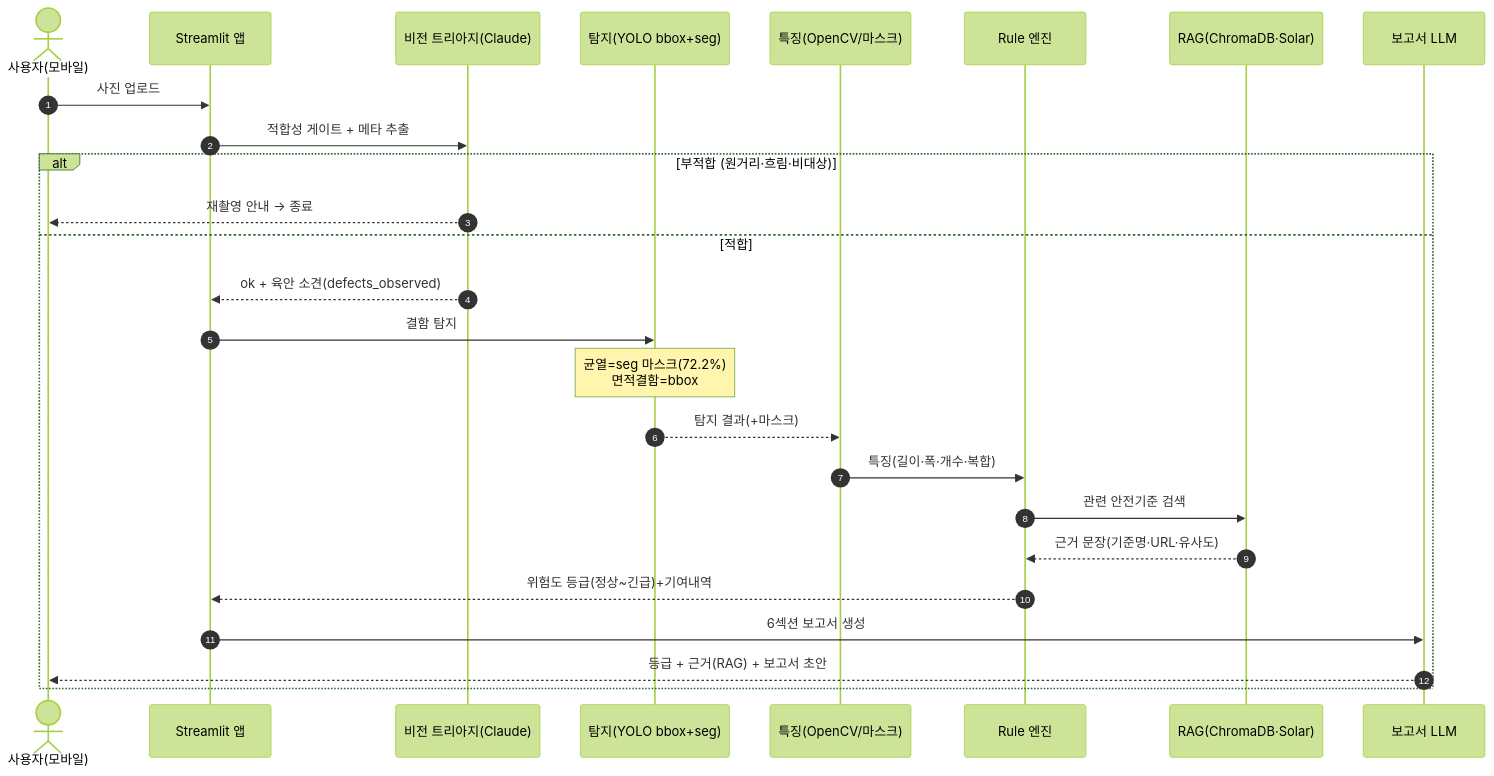
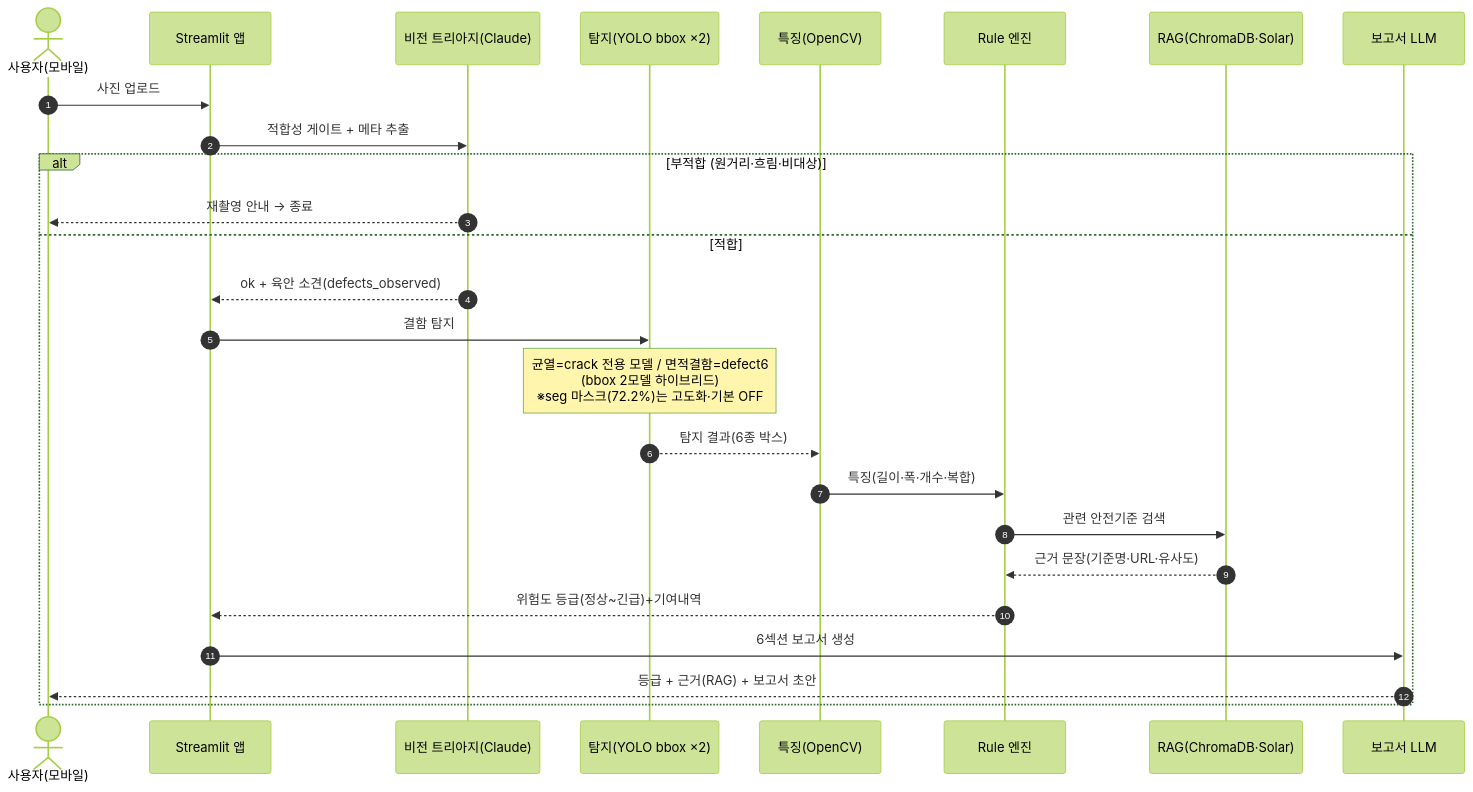
One commit to LeeHome2/AI_crack_detection changed the diagram in diagrams/시퀀스다이어그램.mmd. Above: the diagram before and after it, drawn with Mermaid (forest theme). The commit also changed 5 other files, not shown here.

First line of the commit message:
docs: 산출물·다이어그램을 bbox 2모델 하이브리드(crack+defect6) 가동 기준으로 정정

```diff
--- a/diagrams/시퀀스다이어그램.mmd
+++ b/diagrams/시퀀스다이어그램.mmd
@@ -1,26 +1,26 @@
 sequenceDiagram
   autonumber
   actor U as 사용자(모바일)
   participant App as Streamlit 앱
   participant T as 비전 트리아지(Claude)
-  participant D as 탐지(YOLO bbox+seg)
-  participant F as 특징(OpenCV/마스크)
+  participant D as 탐지(YOLO bbox ×2)
+  participant F as 특징(OpenCV)
   participant R as Rule 엔진
   participant K as RAG(ChromaDB·Solar)
   participant L as 보고서 LLM
   U->>App: 사진 업로드
   App->>T: 적합성 게이트 + 메타 추출
   alt 부적합 (원거리·흐림·비대상)
     T-->>U: 재촬영 안내 → 종료
   else 적합
     T-->>App: ok + 육안 소견(defects_observed)
     App->>D: 결함 탐지
-    Note over D: 균열=seg 마스크(72.2%)<br/>면적결함=bbox
-    D-->>F: 탐지 결과(+마스크)
+    Note over D: 균열=crack 전용 모델 / 면적결함=defect6<br/>(bbox 2모델 하이브리드)<br/>※seg 마스크(72.2%)는 고도화·기본 OFF
+    D-->>F: 탐지 결과(6종 박스)
     F->>R: 특징(길이·폭·개수·복합)
     R->>K: 관련 안전기준 검색
     K-->>R: 근거 문장(기준명·URL·유사도)
     R-->>App: 위험도 등급(정상~긴급)+기여내역
     App->>L: 6섹션 보고서 생성
     L-->>U: 등급 + 근거(RAG) + 보고서 초안
   end
```
